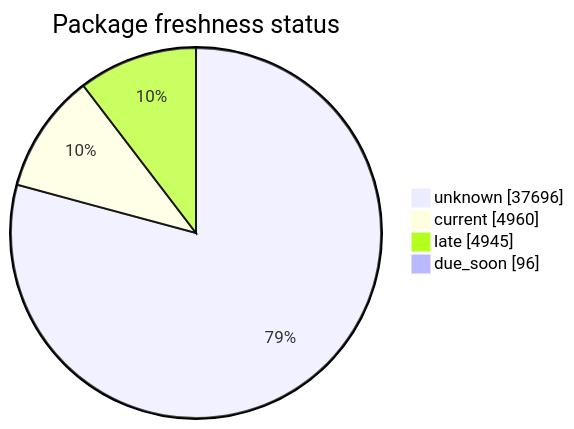
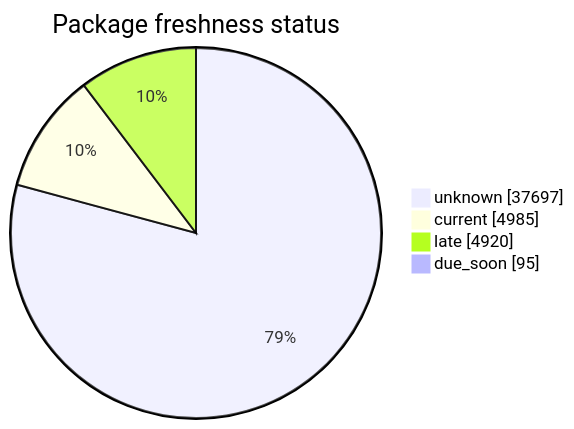
Before and after one commit to open-data/analytics-corporate-reporting: the second of 5 diagrams in FreshCheck/README.md, drawn with Mermaid. The commit also changed other lines of this file and 3 other files, not shown here.

````diff
--- a/FreshCheck/README.md
+++ b/FreshCheck/README.md
@@ -68,7 +68,7 @@
 ```mermaid
 pie showData title Package freshness status
-    "unknown": 37696
-    "current": 4960
-    "late": 4945
-    "due_soon": 96
+    "unknown": 37697
+    "current": 4985
+    "late": 4920
+    "due_soon": 95
 ```
````
